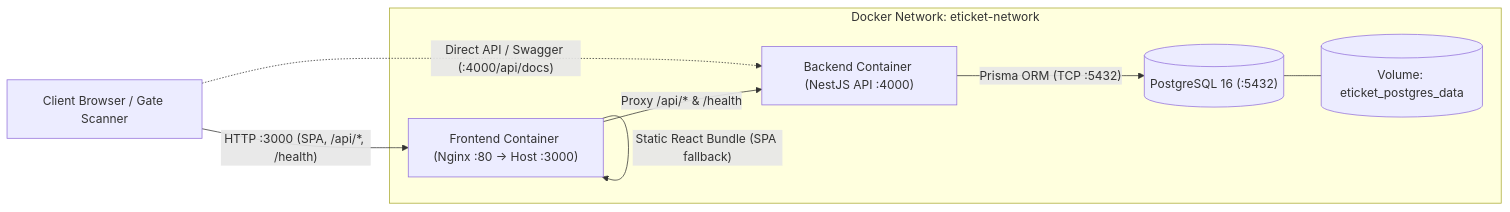
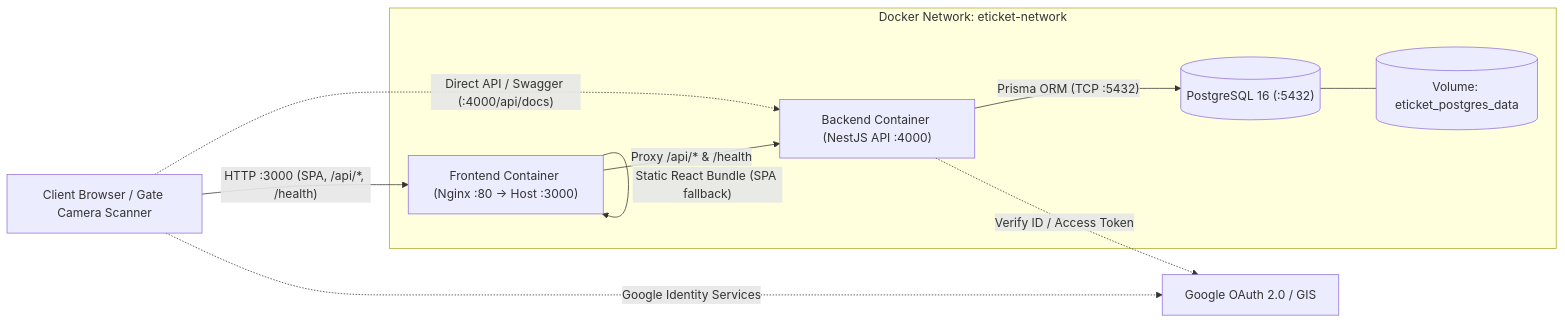
Before and after one commit to E-Ticket-Team/E-Ticket: the first of 6 diagrams in docs/architecture.md, drawn with Mermaid. The commit also changed other lines of this file and 7 other files, not shown here.

````diff
--- a/docs/architecture.md
+++ b/docs/architecture.md
@@ -15,18 +15,21 @@
 ```mermaid
 flowchart LR
-    Client["Client Browser / Gate Scanner"]
+    Client["Client Browser / Gate Camera Scanner"]
+    Google["Google OAuth 2.0 / GIS"]
 
     subgraph DockerNetwork["Docker Network: eticket-network"]
         Nginx["Frontend Container (Nginx :80 -> Host :3000)"]
         API["Backend Container (NestJS API :4000)"]
         DB[("PostgreSQL 16 (:5432)")]
         Vol[("Volume: eticket_postgres_data")]
     end
 
     Client -->|"HTTP :3000 (SPA, /api/*, /health)"| Nginx
+    Client -.->|"Google Identity Services"| Google
     Client -.->|"Direct API / Swagger (:4000/api/docs)"| API
     Nginx -->|"Static React Bundle (SPA fallback)"| Nginx
     Nginx -->|"Proxy /api/* & /health"| API
+    API -.->|"Verify ID / Access Token"| Google
     API -->|"Prisma ORM (TCP :5432)"| DB
     DB --- Vol
 ```
````
